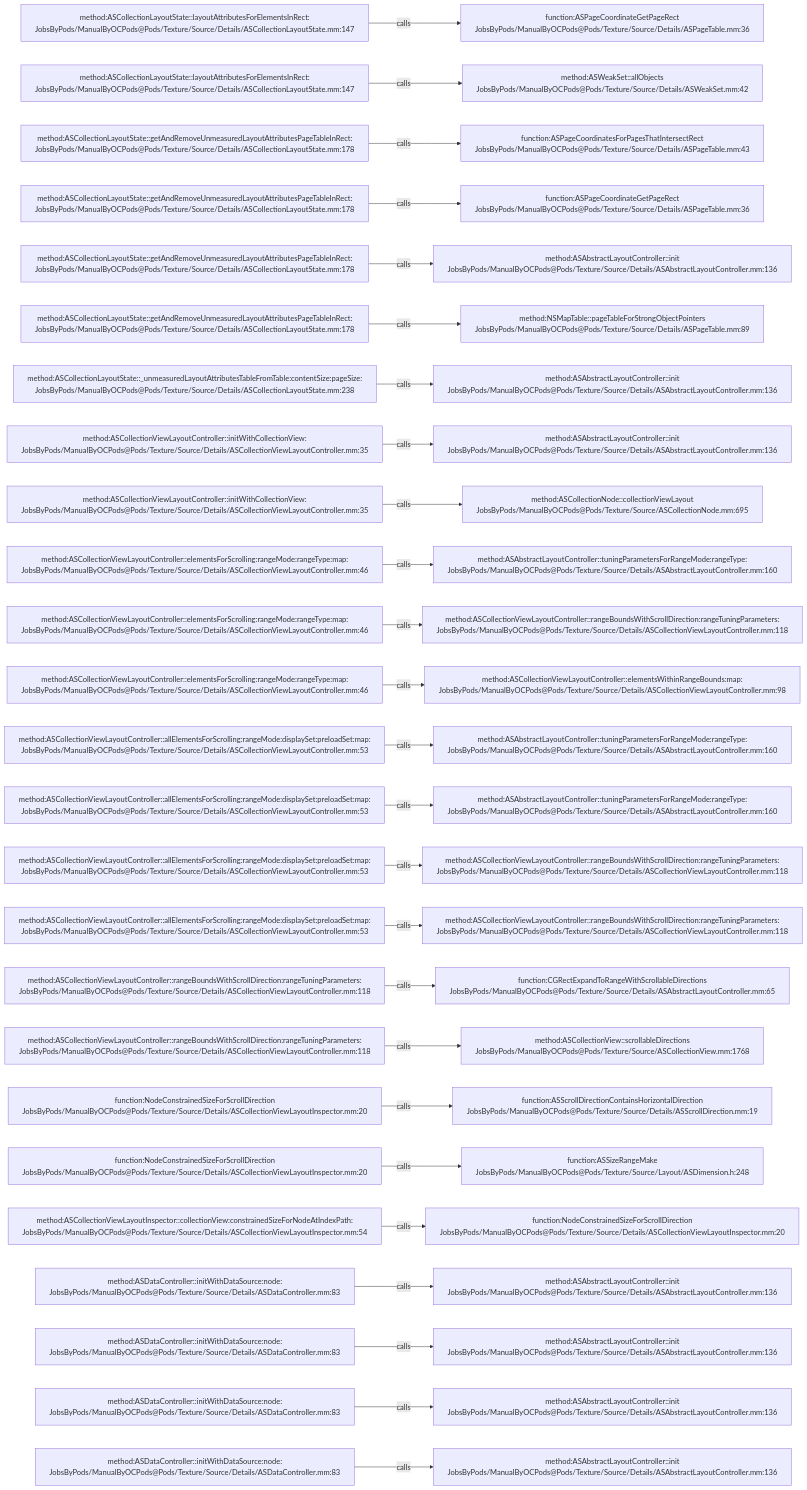
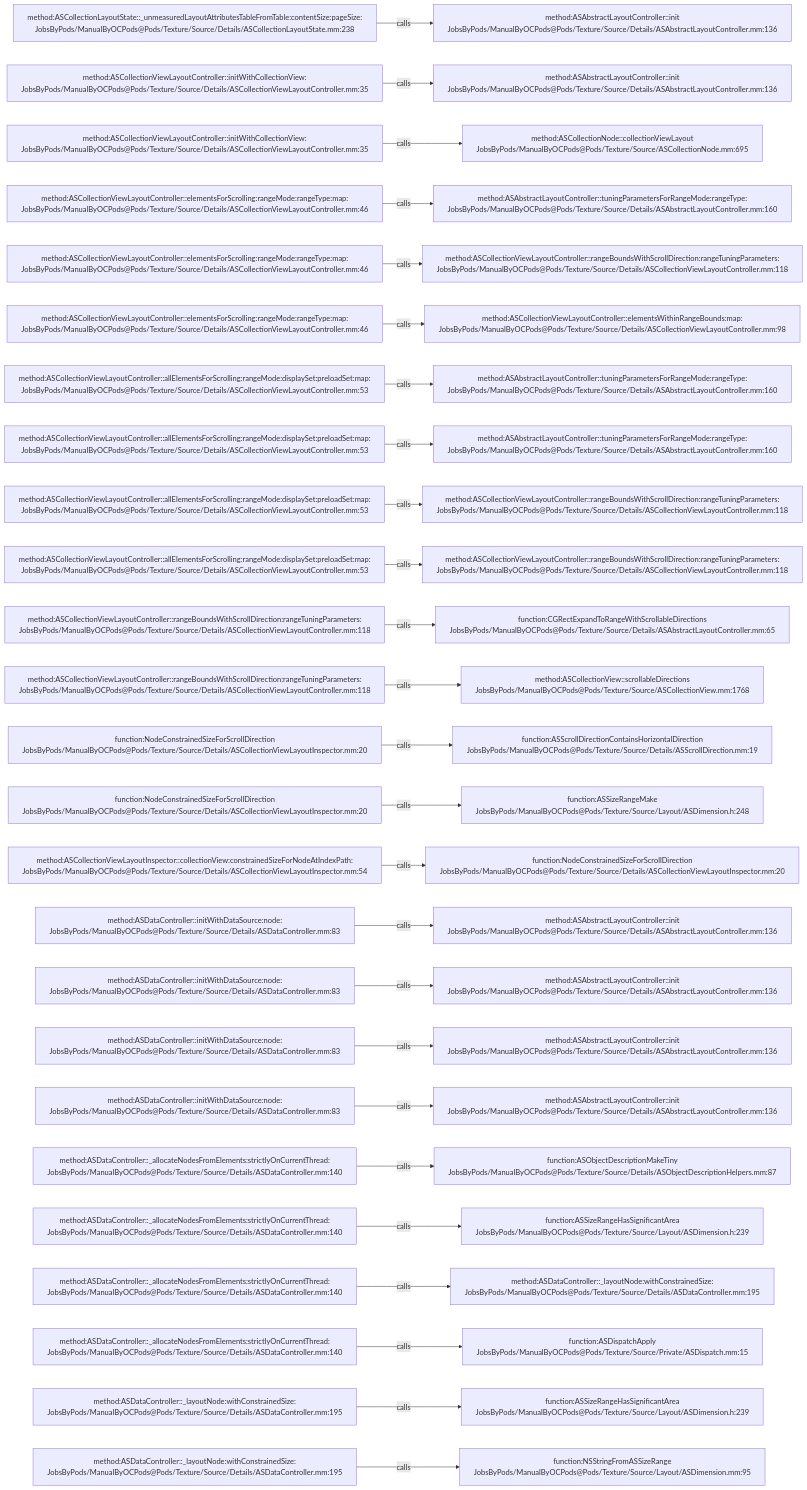
One commit to JobsKits/JobsOCBaseConfigDemo changed the diagram in .codegraph/codegraph.md/graphs/calls-145.md. Above: the diagram before and after it, drawn with Mermaid. The commit also changed 666 other files, not shown here.

````diff
--- a/.codegraph/codegraph.md/graphs/calls-145.md
+++ b/.codegraph/codegraph.md/graphs/calls-145.md
@@ -13,78 +13,78 @@
 ```mermaid
 flowchart LR
-  S1["method:ASCollectionLayoutState::layoutAttributesForElementsInRect:<br/>JobsByPods/ManualByOCPods@Pods/Texture/Source/Details/ASCollectionLayoutState.mm:147"]
-  T1["function:ASPageCoordinateGetPageRect<br/>JobsByPods/ManualByOCPods@Pods/Texture/Source/Details/ASPageTable.mm:36"]
+  S1["method:ASCollectionLayoutState::_unmeasuredLayoutAttributesTableFromTable:contentSize:pageSize:<br/>JobsByPods/ManualByOCPods@Pods/Texture/Source/Details/ASCollectionLayoutState.mm:238"]
+  T1["method:ASAbstractLayoutController::init<br/>JobsByPods/ManualByOCPods@Pods/Texture/Source/Details/ASAbstractLayoutController.mm:136"]
   S1 -->|calls| T1
-  S2["method:ASCollectionLayoutState::layoutAttributesForElementsInRect:<br/>JobsByPods/ManualByOCPods@Pods/Texture/Source/Details/ASCollectionLayoutState.mm:147"]
-  T2["method:ASWeakSet::allObjects<br/>JobsByPods/ManualByOCPods@Pods/Texture/Source/Details/ASWeakSet.mm:42"]
+  S2["method:ASCollectionViewLayoutController::initWithCollectionView:<br/>JobsByPods/ManualByOCPods@Pods/Texture/Source/Details/ASCollectionViewLayoutController.mm:35"]
+  T2["method:ASAbstractLayoutController::init<br/>JobsByPods/ManualByOCPods@Pods/Texture/Source/Details/ASAbstractLayoutController.mm:136"]
   S2 -->|calls| T2
-  S3["method:ASCollectionLayoutState::getAndRemoveUnmeasuredLayoutAttributesPageTableInRect:<br/>JobsByPods/ManualByOCPods@Pods/Texture/Source/Details/ASCollectionLayoutState.mm:178"]
-  T3["function:ASPageCoordinatesForPagesThatIntersectRect<br/>JobsByPods/ManualByOCPods@Pods/Texture/Source/Details/ASPageTable.mm:43"]
+  S3["method:ASCollectionViewLayoutController::initWithCollectionView:<br/>JobsByPods/ManualByOCPods@Pods/Texture/Source/Details/ASCollectionViewLayoutController.mm:35"]
+  T3["method:ASCollectionNode::collectionViewLayout<br/>JobsByPods/ManualByOCPods@Pods/Texture/Source/ASCollectionNode.mm:695"]
   S3 -->|calls| T3
-  S4["method:ASCollectionLayoutState::getAndRemoveUnmeasuredLayoutAttributesPageTableInRect:<br/>JobsByPods/ManualByOCPods@Pods/Texture/Source/Details/ASCollectionLayoutState.mm:178"]
-  T4["function:ASPageCoordinateGetPageRect<br/>JobsByPods/ManualByOCPods@Pods/Texture/Source/Details/ASPageTable.mm:36"]
+  S4["method:ASCollectionViewLayoutController::elementsForScrolling:rangeMode:rangeType:map:<br/>JobsByPods/ManualByOCPods@Pods/Texture/Source/Details/ASCollectionViewLayoutController.mm:46"]
+  T4["method:ASAbstractLayoutController::tuningParametersForRangeMode:rangeType:<br/>JobsByPods/ManualByOCPods@Pods/Texture/Source/Details/ASAbstractLayoutController.mm:160"]
   S4 -->|calls| T4
-  S5["method:ASCollectionLayoutState::getAndRemoveUnmeasuredLayoutAttributesPageTableInRect:<br/>JobsByPods/ManualByOCPods@Pods/Texture/Source/Details/ASCollectionLayoutState.mm:178"]
-  T5["method:ASAbstractLayoutController::init<br/>JobsByPods/ManualByOCPods@Pods/Texture/Source/Details/ASAbstractLayoutController.mm:136"]
+  S5["method:ASCollectionViewLayoutController::elementsForScrolling:rangeMode:rangeType:map:<br/>JobsByPods/ManualByOCPods@Pods/Texture/Source/Details/ASCollectionViewLayoutController.mm:46"]
+  T5["method:ASCollectionViewLayoutController::rangeBoundsWithScrollDirection:rangeTuningParameters:<br/>JobsByPods/ManualByOCPods@Pods/Texture/Source/Details/ASCollectionViewLayoutController.mm:118"]
   S5 -->|calls| T5
-  S6["method:ASCollectionLayoutState::getAndRemoveUnmeasuredLayoutAttributesPageTableInRect:<br/>JobsByPods/ManualByOCPods@Pods/Texture/Source/Details/ASCollectionLayoutState.mm:178"]
-  T6["method:NSMapTable::pageTableForStrongObjectPointers<br/>JobsByPods/ManualByOCPods@Pods/Texture/Source/Details/ASPageTable.mm:89"]
+  S6["method:ASCollectionViewLayoutController::elementsForScrolling:rangeMode:rangeType:map:<br/>JobsByPods/ManualByOCPods@Pods/Texture/Source/Details/ASCollectionViewLayoutController.mm:46"]
+  T6["method:ASCollectionViewLayoutController::elementsWithinRangeBounds:map:<br/>JobsByPods/ManualByOCPods@Pods/Texture/Source/Details/ASCollectionViewLayoutController.mm:98"]
   S6 -->|calls| T6
-  S7["method:ASCollectionLayoutState::_unmeasuredLayoutAttributesTableFromTable:contentSize:pageSize:<br/>JobsByPods/ManualByOCPods@Pods/Texture/Source/Details/ASCollectionLayoutState.mm:238"]
-  T7["method:ASAbstractLayoutController::init<br/>JobsByPods/ManualByOCPods@Pods/Texture/Source/Details/ASAbstractLayoutController.mm:136"]
+  S7["method:ASCollectionViewLayoutController::allElementsForScrolling:rangeMode:displaySet:preloadSet:map:<br/>JobsByPods/ManualByOCPods@Pods/Texture/Source/Details/ASCollectionViewLayoutController.mm:53"]
+  T7["method:ASAbstractLayoutController::tuningParametersForRangeMode:rangeType:<br/>JobsByPods/ManualByOCPods@Pods/Texture/Source/Details/ASAbstractLayoutController.mm:160"]
   S7 -->|calls| T7
-  S8["method:ASCollectionViewLayoutController::initWithCollectionView:<br/>JobsByPods/ManualByOCPods@Pods/Texture/Source/Details/ASCollectionViewLayoutController.mm:35"]
-  T8["method:ASAbstractLayoutController::init<br/>JobsByPods/ManualByOCPods@Pods/Texture/Source/Details/ASAbstractLayoutController.mm:136"]
+  S8["method:ASCollectionViewLayoutController::allElementsForScrolling:rangeMode:displaySet:preloadSet:map:<br/>JobsByPods/ManualByOCPods@Pods/Texture/Source/Details/ASCollectionViewLayoutController.mm:53"]
+  T8["method:ASAbstractLayoutController::tuningParametersForRangeMode:rangeType:<br/>JobsByPods/ManualByOCPods@Pods/Texture/Source/Details/ASAbstractLayoutController.mm:160"]
   S8 -->|calls| T8
-  S9["method:ASCollectionViewLayoutController::initWithCollectionView:<br/>JobsByPods/ManualByOCPods@Pods/Texture/Source/Details/ASCollectionViewLayoutController.mm:35"]
-  T9["method:ASCollectionNode::collectionViewLayout<br/>JobsByPods/ManualByOCPods@Pods/Texture/Source/ASCollectionNode.mm:695"]
+  S9["method:ASCollectionViewLayoutController::allElementsForScrolling:rangeMode:displaySet:preloadSet:map:<br/>JobsByPods/ManualByOCPods@Pods/Texture/Source/Details/ASCollectionViewLayoutController.mm:53"]
+  T9["method:ASCollectionViewLayoutController::rangeBoundsWithScrollDirection:rangeTuningParameters:<br/>JobsByPods/ManualByOCPods@Pods/Texture/Source/Details/ASCollectionViewLayoutController.mm:118"]
   S9 -->|calls| T9
-  S10["method:ASCollectionViewLayoutController::elementsForScrolling:rangeMode:rangeType:map:<br/>JobsByPods/ManualByOCPods@Pods/Texture/Source/Details/ASCollectionViewLayoutController.mm:46"]
-  T10["method:ASAbstractLayoutController::tuningParametersForRangeMode:rangeType:<br/>JobsByPods/ManualByOCPods@Pods/Texture/Source/Details/ASAbstractLayoutController.mm:160"]
+  S10["method:ASCollectionViewLayoutController::allElementsForScrolling:rangeMode:displaySet:preloadSet:map:<br/>JobsByPods/ManualByOCPods@Pods/Texture/Source/Details/ASCollectionViewLayoutController.mm:53"]
+  T10["method:ASCollectionViewLayoutController::rangeBoundsWithScrollDirection:rangeTuningParameters:<br/>JobsByPods/ManualByOCPods@Pods/Texture/Source/Details/ASCollectionViewLayoutController.mm:118"]
   S10 -->|calls| T10
-  S11["method:ASCollectionViewLayoutController::elementsForScrolling:rangeMode:rangeType:map:<br/>JobsByPods/ManualByOCPods@Pods/Texture/Source/Details/ASCollectionViewLayoutController.mm:46"]
-  T11["method:ASCollectionViewLayoutController::rangeBoundsWithScrollDirection:rangeTuningParameters:<br/>JobsByPods/ManualByOCPods@Pods/Texture/Source/Details/ASCollectionViewLayoutController.mm:118"]
+  S11["method:ASCollectionViewLayoutController::rangeBoundsWithScrollDirection:rangeTuningParameters:<br/>JobsByPods/ManualByOCPods@Pods/Texture/Source/Details/ASCollectionViewLayoutController.mm:118"]
+  T11["function:CGRectExpandToRangeWithScrollableDirections<br/>JobsByPods/ManualByOCPods@Pods/Texture/Source/Details/ASAbstractLayoutController.mm:65"]
   S11 -->|calls| T11
-  S12["method:ASCollectionViewLayoutController::elementsForScrolling:rangeMode:rangeType:map:<br/>JobsByPods/ManualByOCPods@Pods/Texture/Source/Details/ASCollectionViewLayoutController.mm:46"]
-  T12["method:ASCollectionViewLayoutController::elementsWithinRangeBounds:map:<br/>JobsByPods/ManualByOCPods@Pods/Texture/Source/Details/ASCollectionViewLayoutController.mm:98"]
+  S12["method:ASCollectionViewLayoutController::rangeBoundsWithScrollDirection:rangeTuningParameters:<br/>JobsByPods/ManualByOCPods@Pods/Texture/Source/Details/ASCollectionViewLayoutController.mm:118"]
+  T12["method:ASCollectionView::scrollableDirections<br/>JobsByPods/ManualByOCPods@Pods/Texture/Source/ASCollectionView.mm:1768"]
   S12 -->|calls| T12
-  S13["method:ASCollectionViewLayoutController::allElementsForScrolling:rangeMode:displaySet:preloadSet:map:<br/>JobsByPods/ManualByOCPods@Pods/Texture/Source/Details/ASCollectionViewLayoutController.mm:53"]
-  T13["method:ASAbstractLayoutController::tuningParametersForRangeMode:rangeType:<br/>JobsByPods/ManualByOCPods@Pods/Texture/Source/Details/ASAbstractLayoutController.mm:160"]
+  S13["function:NodeConstrainedSizeForScrollDirection<br/>JobsByPods/ManualByOCPods@Pods/Texture/Source/Details/ASCollectionViewLayoutInspector.mm:20"]
+  T13["function:ASScrollDirectionContainsHorizontalDirection<br/>JobsByPods/ManualByOCPods@Pods/Texture/Source/Details/ASScrollDirection.mm:19"]
   S13 -->|calls| T13
-  S14["method:ASCollectionViewLayoutController::allElementsForScrolling:rangeMode:displaySet:preloadSet:map:<br/>JobsByPods/ManualByOCPods@Pods/Texture/Source/Details/ASCollectionViewLayoutController.mm:53"]
-  T14["method:ASAbstractLayoutController::tuningParametersForRangeMode:rangeType:<br/>JobsByPods/ManualByOCPods@Pods/Texture/Source/Details/ASAbstractLayoutController.mm:160"]
+  S14["function:NodeConstrainedSizeForScrollDirection<br/>JobsByPods/ManualByOCPods@Pods/Texture/Source/Details/ASCollectionViewLayoutInspector.mm:20"]
+  T14["function:ASSizeRangeMake<br/>JobsByPods/ManualByOCPods@Pods/Texture/Source/Layout/ASDimension.h:248"]
   S14 -->|calls| T14
-  S15["method:ASCollectionViewLayoutController::allElementsForScrolling:rangeMode:displaySet:preloadSet:map:<br/>JobsByPods/ManualByOCPods@Pods/Texture/Source/Details/ASCollectionViewLayoutController.mm:53"]
-  T15["method:ASCollectionViewLayoutController::rangeBoundsWithScrollDirection:rangeTuningParameters:<br/>JobsByPods/ManualByOCPods@Pods/Texture/Source/Details/ASCollectionViewLayoutController.mm:118"]
+  S15["method:ASCollectionViewLayoutInspector::collectionView:constrainedSizeForNodeAtIndexPath:<br/>JobsByPods/ManualByOCPods@Pods/Texture/Source/Details/ASCollectionViewLayoutInspector.mm:54"]
+  T15["function:NodeConstrainedSizeForScrollDirection<br/>JobsByPods/ManualByOCPods@Pods/Texture/Source/Details/ASCollectionViewLayoutInspector.mm:20"]
   S15 -->|calls| T15
-  S16["method:ASCollectionViewLayoutController::allElementsForScrolling:rangeMode:displaySet:preloadSet:map:<br/>JobsByPods/ManualByOCPods@Pods/Texture/Source/Details/ASCollectionViewLayoutController.mm:53"]
-  T16["method:ASCollectionViewLayoutController::rangeBoundsWithScrollDirection:rangeTuningParameters:<br/>JobsByPods/ManualByOCPods@Pods/Texture/Source/Details/ASCollectionViewLayoutController.mm:118"]
+  S16["method:ASDataController::initWithDataSource:node:<br/>JobsByPods/ManualByOCPods@Pods/Texture/Source/Details/ASDataController.mm:83"]
+  T16["method:ASAbstractLayoutController::init<br/>JobsByPods/ManualByOCPods@Pods/Texture/Source/Details/ASAbstractLayoutController.mm:136"]
   S16 -->|calls| T16
-  S17["method:ASCollectionViewLayoutController::rangeBoundsWithScrollDirection:rangeTuningParameters:<br/>JobsByPods/ManualByOCPods@Pods/Texture/Source/Details/ASCollectionViewLayoutController.mm:118"]
-  T17["function:CGRectExpandToRangeWithScrollableDirections<br/>JobsByPods/ManualByOCPods@Pods/Texture/Source/Details/ASAbstractLayoutController.mm:65"]
+  S17["method:ASDataController::initWithDataSource:node:<br/>JobsByPods/ManualByOCPods@Pods/Texture/Source/Details/ASDataController.mm:83"]
+  T17["method:ASAbstractLayoutController::init<br/>JobsByPods/ManualByOCPods@Pods/Texture/Source/Details/ASAbstractLayoutController.mm:136"]
   S17 -->|calls| T17
-  S18["method:ASCollectionViewLayoutController::rangeBoundsWithScrollDirection:rangeTuningParameters:<br/>JobsByPods/ManualByOCPods@Pods/Texture/Source/Details/ASCollectionViewLayoutController.mm:118"]
-  T18["method:ASCollectionView::scrollableDirections<br/>JobsByPods/ManualByOCPods@Pods/Texture/Source/ASCollectionView.mm:1768"]
+  S18["method:ASDataController::initWithDataSource:node:<br/>JobsByPods/ManualByOCPods@Pods/Texture/Source/Details/ASDataController.mm:83"]
+  T18["method:ASAbstractLayoutController::init<br/>JobsByPods/ManualByOCPods@Pods/Texture/Source/Details/ASAbstractLayoutController.mm:136"]
   S18 -->|calls| T18
-  S19["function:NodeConstrainedSizeForScrollDirection<br/>JobsByPods/ManualByOCPods@Pods/Texture/Source/Details/ASCollectionViewLayoutInspector.mm:20"]
-  T19["function:ASScrollDirectionContainsHorizontalDirection<br/>JobsByPods/ManualByOCPods@Pods/Texture/Source/Details/ASScrollDirection.mm:19"]
+  S19["method:ASDataController::initWithDataSource:node:<br/>JobsByPods/ManualByOCPods@Pods/Texture/Source/Details/ASDataController.mm:83"]
+  T19["method:ASAbstractLayoutController::init<br/>JobsByPods/ManualByOCPods@Pods/Texture/Source/Details/ASAbstractLayoutController.mm:136"]
   S19 -->|calls| T19
-  S20["function:NodeConstrainedSizeForScrollDirection<br/>JobsByPods/ManualByOCPods@Pods/Texture/Source/Details/ASCollectionViewLayoutInspector.mm:20"]
-  T20["function:ASSizeRangeMake<br/>JobsByPods/ManualByOCPods@Pods/Texture/Source/Layout/ASDimension.h:248"]
+  S20["method:ASDataController::_allocateNodesFromElements:strictlyOnCurrentThread:<br/>JobsByPods/ManualByOCPods@Pods/Texture/Source/Details/ASDataController.mm:140"]
+  T20["function:ASObjectDescriptionMakeTiny<br/>JobsByPods/ManualByOCPods@Pods/Texture/Source/Details/ASObjectDescriptionHelpers.mm:87"]
   S20 -->|calls| T20
-  S21["method:ASCollectionViewLayoutInspector::collectionView:constrainedSizeForNodeAtIndexPath:<br/>JobsByPods/ManualByOCPods@Pods/Texture/Source/Details/ASCollectionViewLayoutInspector.mm:54"]
-  T21["function:NodeConstrainedSizeForScrollDirection<br/>JobsByPods/ManualByOCPods@Pods/Texture/Source/Details/ASCollectionViewLayoutInspector.mm:20"]
+  S21["method:ASDataController::_allocateNodesFromElements:strictlyOnCurrentThread:<br/>JobsByPods/ManualByOCPods@Pods/Texture/Source/Details/ASDataController.mm:140"]
+  T21["function:ASSizeRangeHasSignificantArea<br/>JobsByPods/ManualByOCPods@Pods/Texture/Source/Layout/ASDimension.h:239"]
   S21 -->|calls| T21
-  S22["method:ASDataController::initWithDataSource:node:<br/>JobsByPods/ManualByOCPods@Pods/Texture/Source/Details/ASDataController.mm:83"]
-  T22["method:ASAbstractLayoutController::init<br/>JobsByPods/ManualByOCPods@Pods/Texture/Source/Details/ASAbstractLayoutController.mm:136"]
+  S22["method:ASDataController::_allocateNodesFromElements:strictlyOnCurrentThread:<br/>JobsByPods/ManualByOCPods@Pods/Texture/Source/Details/ASDataController.mm:140"]
+  T22["method:ASDataController::_layoutNode:withConstrainedSize:<br/>JobsByPods/ManualByOCPods@Pods/Texture/Source/Details/ASDataController.mm:195"]
   S22 -->|calls| T22
-  S23["method:ASDataController::initWithDataSource:node:<br/>JobsByPods/ManualByOCPods@Pods/Texture/Source/Details/ASDataController.mm:83"]
-  T23["method:ASAbstractLayoutController::init<br/>JobsByPods/ManualByOCPods@Pods/Texture/Source/Details/ASAbstractLayoutController.mm:136"]
+  S23["method:ASDataController::_allocateNodesFromElements:strictlyOnCurrentThread:<br/>JobsByPods/ManualByOCPods@Pods/Texture/Source/Details/ASDataController.mm:140"]
+  T23["function:ASDispatchApply<br/>JobsByPods/ManualByOCPods@Pods/Texture/Source/Private/ASDispatch.mm:15"]
   S23 -->|calls| T23
-  S24["method:ASDataController::initWithDataSource:node:<br/>JobsByPods/ManualByOCPods@Pods/Texture/Source/Details/ASDataController.mm:83"]
-  T24["method:ASAbstractLayoutController::init<br/>JobsByPods/ManualByOCPods@Pods/Texture/Source/Details/ASAbstractLayoutController.mm:136"]
+  S24["method:ASDataController::_layoutNode:withConstrainedSize:<br/>JobsByPods/ManualByOCPods@Pods/Texture/Source/Details/ASDataController.mm:195"]
+  T24["function:ASSizeRangeHasSignificantArea<br/>JobsByPods/ManualByOCPods@Pods/Texture/Source/Layout/ASDimension.h:239"]
   S24 -->|calls| T24
-  S25["method:ASDataController::initWithDataSource:node:<br/>JobsByPods/ManualByOCPods@Pods/Texture/Source/Details/ASDataController.mm:83"]
-  T25["method:ASAbstractLayoutController::init<br/>JobsByPods/ManualByOCPods@Pods/Texture/Source/Details/ASAbstractLayoutController.mm:136"]
+  S25["method:ASDataController::_layoutNode:withConstrainedSize:<br/>JobsByPods/ManualByOCPods@Pods/Texture/Source/Details/ASDataController.mm:195"]
+  T25["function:NSStringFromASSizeRange<br/>JobsByPods/ManualByOCPods@Pods/Texture/Source/Layout/ASDimension.mm:95"]
   S25 -->|calls| T25
 ```
````
